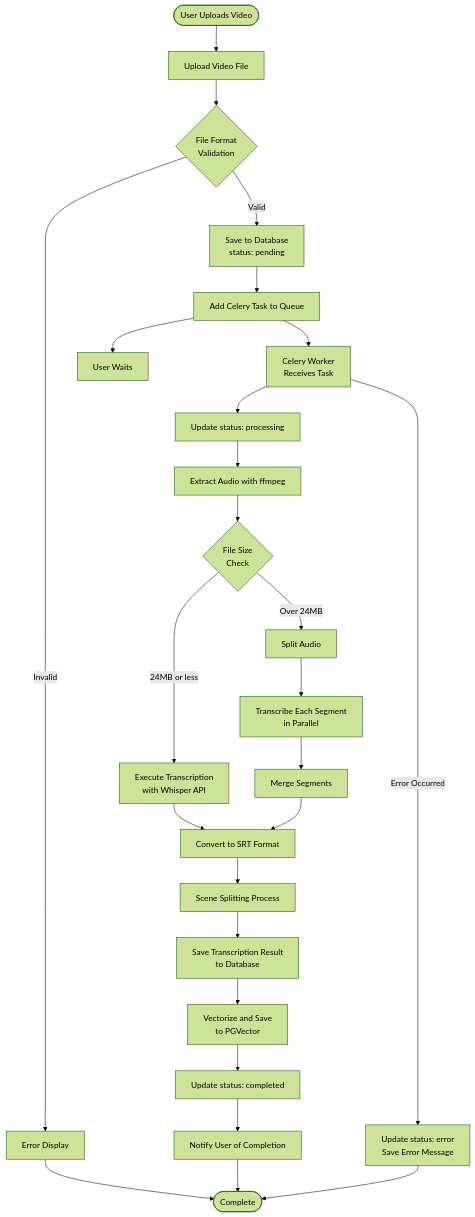
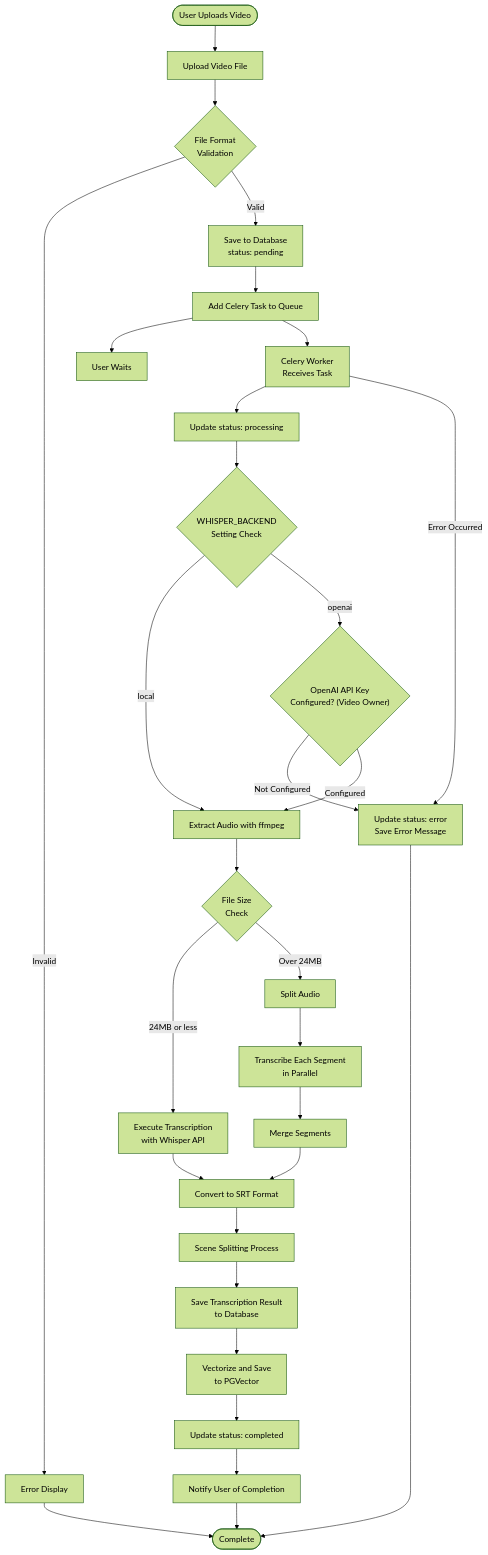
Before and after one commit to yukiharada1228/videoq: the first of 5 diagrams in docs/requirements/activity-diagram.md, drawn with Mermaid (forest theme). The commit also changed 11 other files, not shown here.

````diff
--- a/docs/requirements/activity-diagram.md
+++ b/docs/requirements/activity-diagram.md
@@ -9,30 +9,34 @@
 ```mermaid
 flowchart TD
     Start([User Uploads Video]) --> Upload[Upload Video File]
     Upload --> Validate{"File Format<br>Validation"}
     Validate -->|Invalid| Error1[Error Display]
     Validate -->|Valid| Save[Save to Database<br/>status: pending]
     Save --> Queue[Add Celery Task to Queue]
     Queue --> Wait[User Waits]
     
     Queue --> Worker[Celery Worker<br/>Receives Task]
     Worker --> UpdateStatus1[Update status: processing]
-    UpdateStatus1 --> Extract[Extract Audio with ffmpeg]
+    UpdateStatus1 --> CheckBackend{"WHISPER_BACKEND<br>Setting Check"}
+    CheckBackend -->|local| Extract[Extract Audio with ffmpeg]
+    CheckBackend -->|openai| CheckAPIKey{"OpenAI API Key<br>Configured? (Video Owner)"}
+    CheckAPIKey -->|Not Configured| UpdateError
+    CheckAPIKey -->|Configured| Extract
     Extract --> CheckSize{"File Size<br>Check"}
     CheckSize -->|24MB or less| Transcribe1[Execute Transcription<br/>with Whisper API]
     CheckSize -->|Over 24MB| Split[Split Audio]
     Split --> Transcribe2[Transcribe Each Segment<br/>in Parallel]
     Transcribe2 --> Merge[Merge Segments]
     Merge --> CreateSRT[Convert to SRT Format]
     Transcribe1 --> CreateSRT
     CreateSRT --> SceneSplit[Scene Splitting Process]
     SceneSplit --> SaveTranscript[Save Transcription Result<br/>to Database]
     SaveTranscript --> Vectorize[Vectorize and Save<br/>to PGVector]
     Vectorize --> UpdateStatus2[Update status: completed]
     UpdateStatus2 --> Notify[Notify User of Completion]
     Notify --> End([Complete])
     
     Error1 --> End
     Worker -->|Error Occurred| UpdateError[Update status: error<br/>Save Error Message]
     UpdateError --> End
 ```
````
